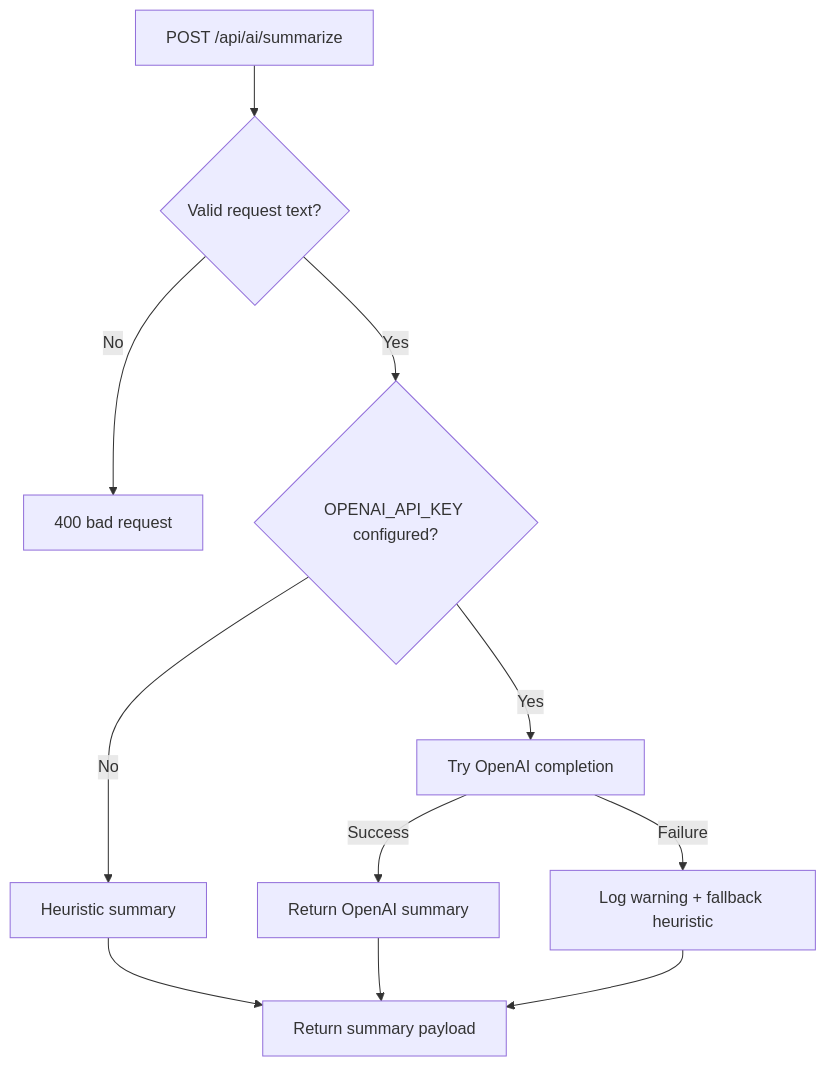
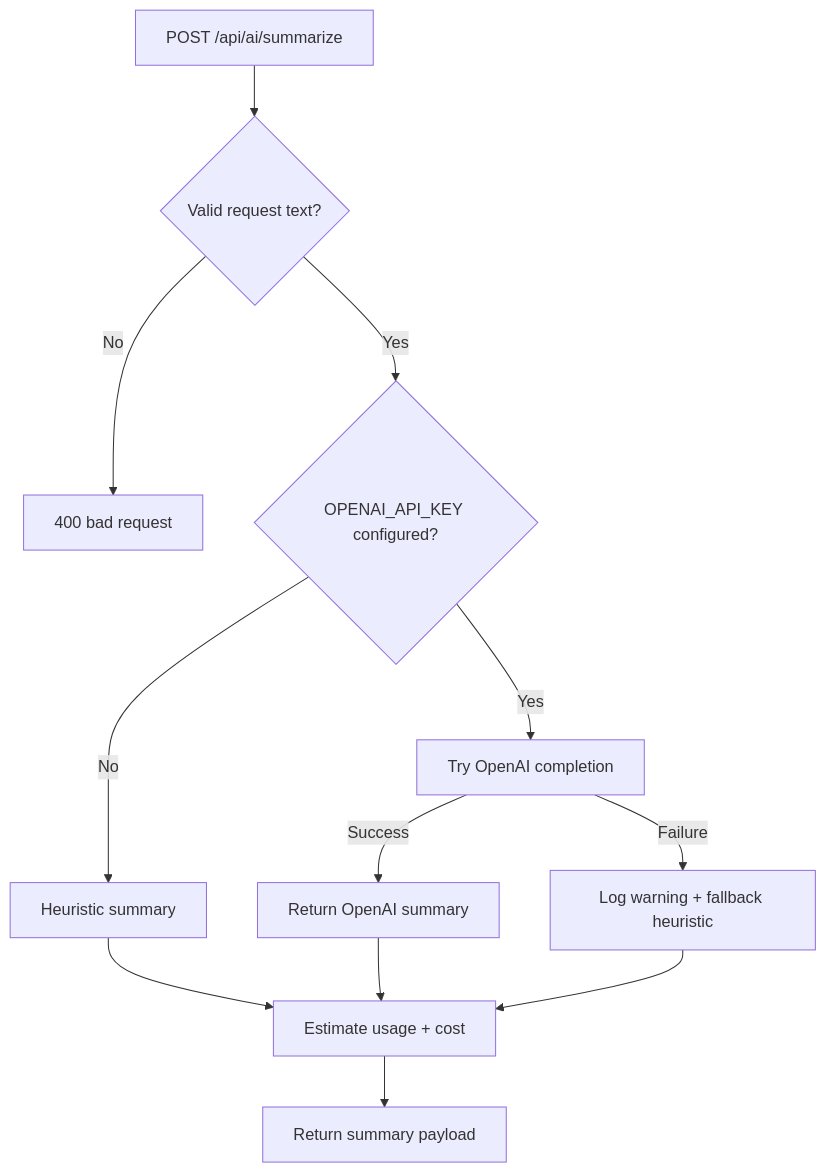
Before and after one commit to AmanVatsSharma/AiCloudStorage: the diagram in docs/AI_SERVICE_FOUNDATION.md, drawn with Mermaid. The commit also changed other lines of this file and 6 other files, not shown here.

Commit message:
Add AI summary usage and cost telemetry baseline

````diff
--- a/docs/AI_SERVICE_FOUNDATION.md
+++ b/docs/AI_SERVICE_FOUNDATION.md
@@ -48,13 +62,14 @@
 ```mermaid
 flowchart TD
   A[POST /api/ai/summarize] --> B{Valid request text?}
   B -->|No| C[400 bad request]
   B -->|Yes| D{OPENAI_API_KEY configured?}
   D -->|No| E[Heuristic summary]
   D -->|Yes| F[Try OpenAI completion]
   F -->|Success| G[Return OpenAI summary]
   F -->|Failure| H[Log warning + fallback heuristic]
-  E --> I[Return summary payload]
+  E --> I[Estimate usage + cost]
   G --> I
   H --> I
+  I --> J[Return summary payload]
 ```
````
